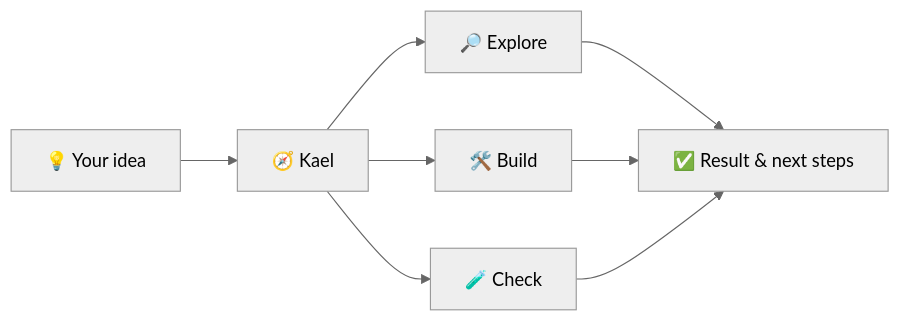
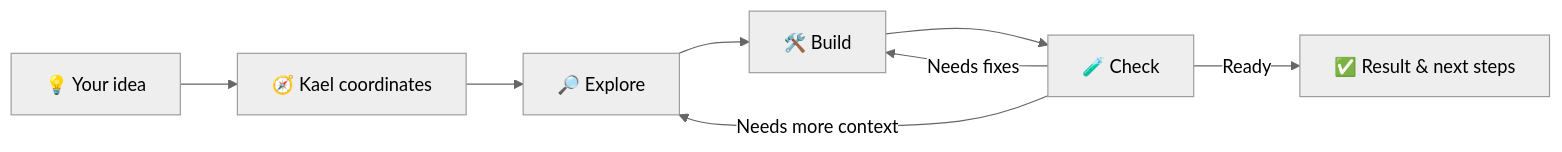
The diagram in README.md (Edulynch/OpenCode-OlympusAgents), drawn with Mermaid (neutral theme) before and after one commit. The commit also changed other lines of this file, not shown here.

Commit message:
docs: clarify NORMAL and FAST before examples and show iterative team flow

````diff
--- a/README.md
+++ b/README.md
@@ -56,10 +62,11 @@
 ```mermaid
 flowchart LR
-    A["💡 Your idea"] --> B["🧭 Kael"]
+    A["💡 Your idea"] --> B["🧭 Kael coordinates"]
     B --> C["🔎 Explore"]
-    B --> D["🛠️ Build"]
-    B --> E["🧪 Check"]
-    C --> F["✅ Result & next steps"]
-    D --> F
-    E --> F
+    C --> D["🛠️ Build"]
+    D --> E["🧪 Check"]
+
+    E -->|Needs more context| C
+    E -->|Needs fixes| D
+    E -->|Ready| F["✅ Result & next steps"]
 ```
````
